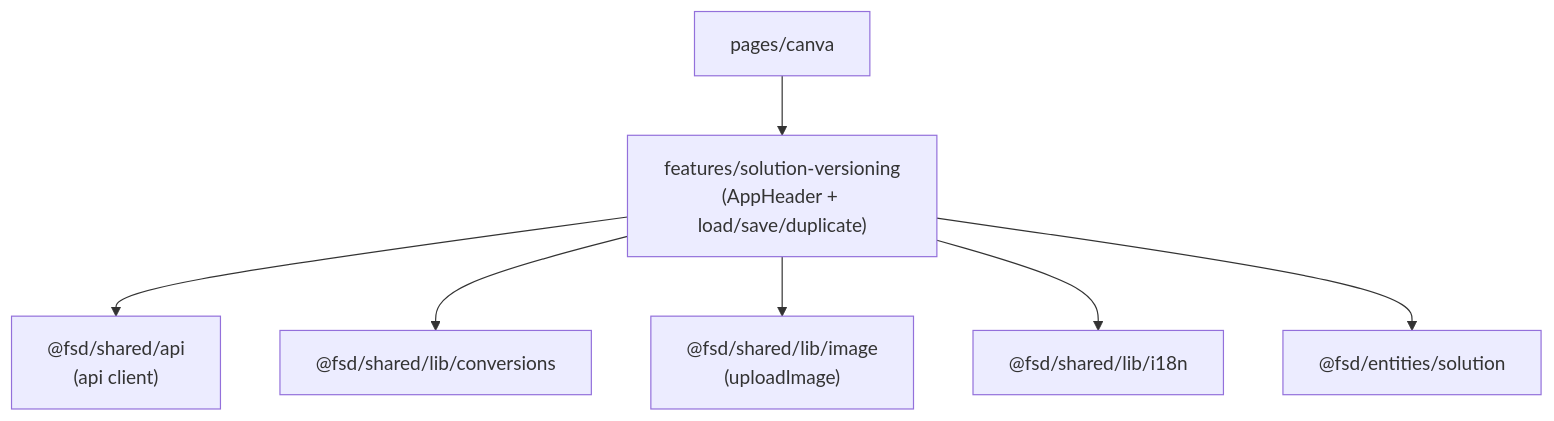
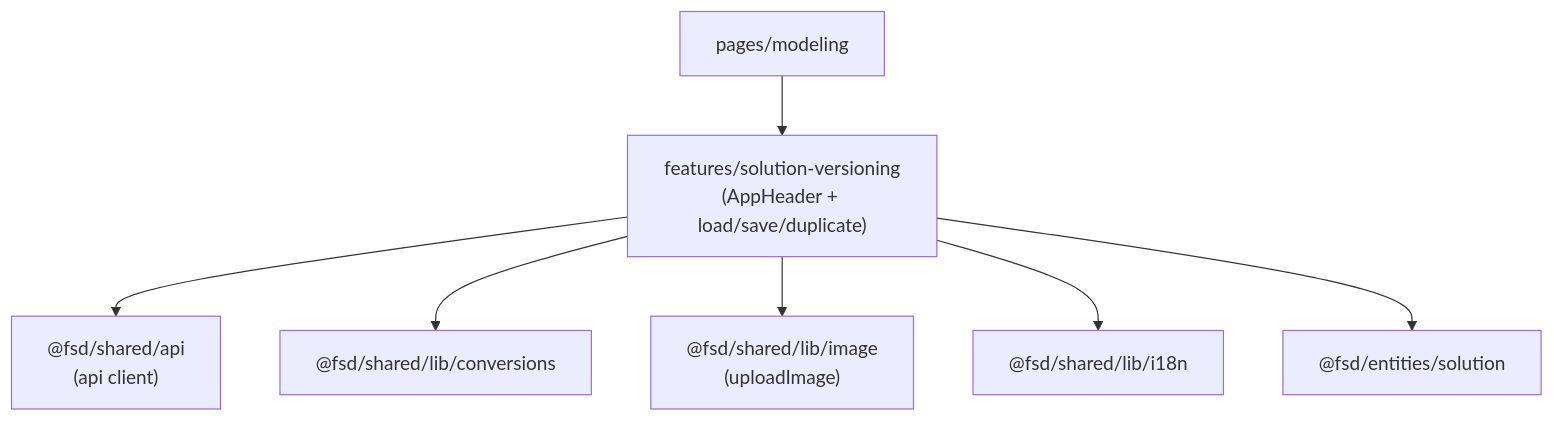
One commit to QOLQA/DBCapibara-next changed the sixth of 10 diagrams in docs/architecture/frontend-fsd-architecture.md. Above: the diagram before and after it, drawn with Mermaid. The commit also changed other lines of this file and 16 other files, not shown here.

Commit message:
refactor(frontend): modeling layout unificado y página canva → modeling

````diff
--- a/docs/architecture/frontend-fsd-architecture.md
+++ b/docs/architecture/frontend-fsd-architecture.md
@@ -222,9 +223,9 @@
 ```mermaid
 flowchart TB
-  pageCanva["pages/canva"] --> featSolutionVersioning["features/solution-versioning\n(AppHeader + load/save/duplicate)"]
+  pageCanva["pages/modeling"] --> featSolutionVersioning["features/solution-versioning\n(AppHeader + load/save/duplicate)"]
   featSolutionVersioning --> sharedApi["@fsd/shared/api\n(api client)"]
   featSolutionVersioning --> sharedLibConversions["@fsd/shared/lib/conversions"]
   featSolutionVersioning --> sharedLibImage["@fsd/shared/lib/image\n(uploadImage)"]
   featSolutionVersioning --> sharedLibI18n["@fsd/shared/lib/i18n"]
   featSolutionVersioning --> entSolution["@fsd/entities/solution"]
 ```
````
